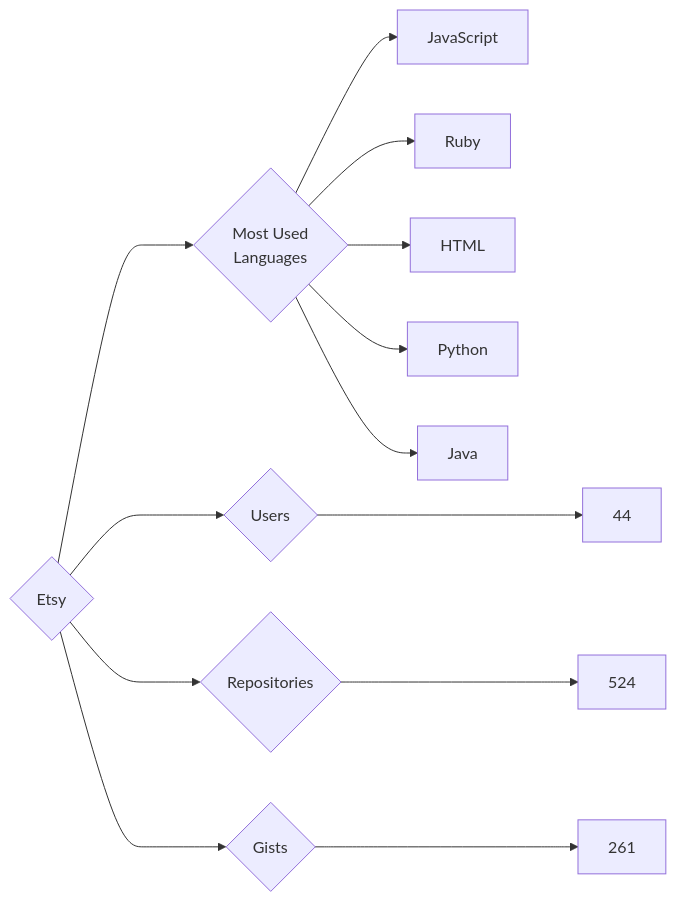
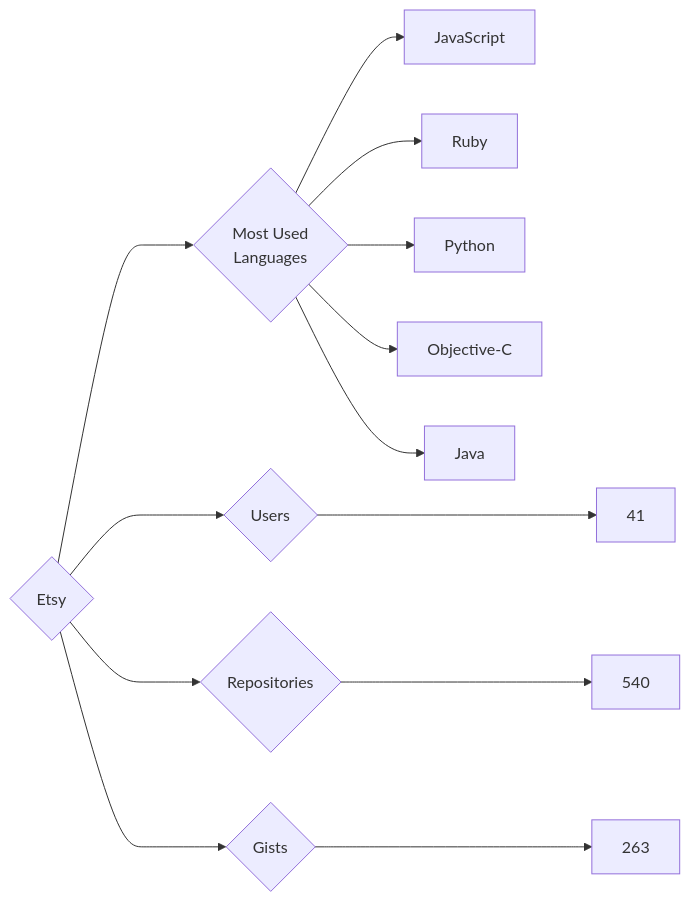
One commit to trickest/insiders changed the diagram in targets/Etsy/README.md. Above: the diagram before and after it, drawn with Mermaid. The commit also changed 823 other files, not shown here.

````diff
--- a/targets/Etsy/README.md
+++ b/targets/Etsy/README.md
@@ -3,13 +3,13 @@
 ```mermaid
 graph LR
 COMPANY_NAME{Etsy}
-COMPANY_NAME ---> U{Users} ---> UN[44]
-COMPANY_NAME ---> R{Repositories} ---> RN[524]
-COMPANY_NAME ---> G{Gists} ---> GN[261]
+COMPANY_NAME ---> U{Users} ---> UN[41]
+COMPANY_NAME ---> R{Repositories} ---> RN[540]
+COMPANY_NAME ---> G{Gists} ---> GN[263]
 COMPANY_NAME ---> ML{Most Used<br>Languages}
 ML --> JavaScript[JavaScript]
 ML --> Ruby[Ruby]
-ML --> HTML[HTML]
 ML --> Python[Python]
+ML --> Objective-C[Objective-C]
 ML --> Java[Java]
 ```
````
